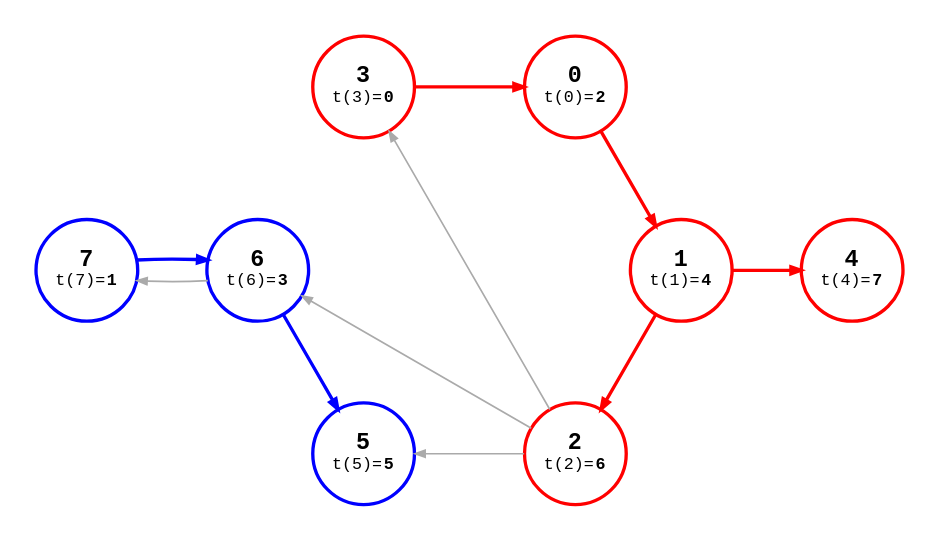
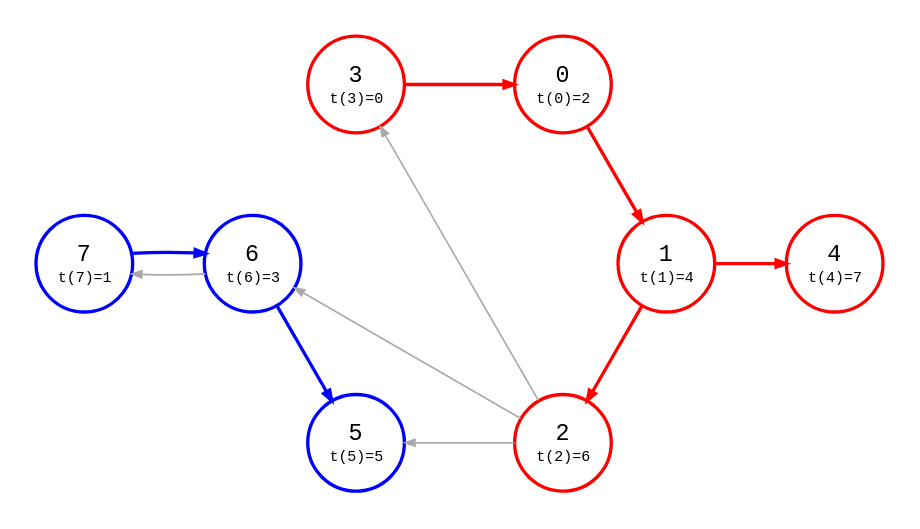
One commit to bsdrks/graaf-images changed the diagram in src/bfs_multi_source_1-0.87.4.dot. Above: the diagram before and after it, drawn with Graphviz. The commit also changed 76 other files, not shown here.

```diff
--- a/src/bfs_multi_source_1-0.87.4.dot
+++ b/src/bfs_multi_source_1-0.87.4.dot
@@ -1,149 +1,149 @@
 digraph {
-    node [shape=circle, fontname="monospace", style=bold, fixedsize=true, width="0.85"];
+    node [shape=circle, fontname="monospace", style=bold, fixedsize=true, width="0.8"];
     edge [arrowsize=0.6, fontname="monospace", fontsize=9];
     layout=circo;
     scale=1.0;
     normalize=true;
     pad=0.2;
     splines=line;
 
     3, 0, 1, 2, 4 [style="bold"; color=red];
     7, 6, 5 [style=bold; color=blue];
 
     0 [
         label=<
-            <table border="0" cellpadding="0" cellspacing="0">
+            <table border="0" cellpadding="1" cellspacing="0">
                 <tr>
-                    <td><b>0</b></td>
+                    <td>0</td>
                 </tr>
                 <tr>
-                    <td><font point-size="10">t(0)=<b>2</b></font></td>
+                    <td><font point-size="9">t(0)=2</font></td>
                 </tr>
             </table>
         >,
         color=red,
         style=bold
     ];
 
     1 [
         label=<
-            <table border="0" cellpadding="0" cellspacing="0">
+            <table border="0" cellpadding="1" cellspacing="0">
                 <tr>
-                    <td><b>1</b></td>
+                    <td>1</td>
                 </tr>
                 <tr>
-                    <td><font point-size="10">t(1)=<b>4</b></font></td>
+                    <td><font point-size="9">t(1)=4</font></td>
                 </tr>
             </table>
         >,
         color=red,
         style=bold
     ];
 
     2 [
         label=<
-            <table border="0" cellpadding="0" cellspacing="0">
+            <table border="0" cellpadding="1" cellspacing="0">
                 <tr>
-                    <td><b>2</b></td>
+                    <td>2</td>
                 </tr>
                 <tr>
-                    <td><font point-size="10">t(2)=<b>6</b></font></td>
+                    <td><font point-size="9">t(2)=6</font></td>
                 </tr>
             </table>
         >,
     ];
 
     3 [
         label=<
-            <table border="0" cellpadding="0" cellspacing="0">
+            <table border="0" cellpadding="1" cellspacing="0">
                 <tr>
-                    <td><b>3</b></td>
+                    <td>3</td>
                 </tr>
                 <tr>
-                    <td><font point-size="10">t(3)=<b>0</b></font></td>
+                    <td><font point-size="9">t(3)=0</font></td>
                 </tr>
             </table>
         >,
     ];
 
     4 [
         label=<
-            <table border="0" cellpadding="0" cellspacing="0">
+            <table border="0" cellpadding="1" cellspacing="0">
                 <tr>
-                    <td><b>4</b></td>
+                    <td>4</td>
                 </tr>
                 <tr>
-                    <td><font point-size="10">t(4)=<b>7</b></font></td>
+                    <td><font point-size="9">t(4)=7</font></td>
                 </tr>
             </table>
         >,
     ];
 
     5 [
         label=<
-            <table border="0" cellpadding="0" cellspacing="0">
+            <table border="0" cellpadding="1" cellspacing="0">
                 <tr>
-                    <td><b>5</b></td>
+                    <td>5</td>
                 </tr>
                 <tr>
-                    <td><font point-size="10">t(5)=<b>5</b></font></td>
+                    <td><font point-size="9">t(5)=5</font></td>
                 </tr>
             </table>
         >,
     ];
 
     6 [
         label=<
-            <table border="0" cellpadding="0" cellspacing="0">
+            <table border="0" cellpadding="1" cellspacing="0">
                 <tr>
-                    <td><b>6</b></td>
+                    <td>6</td>
                 </tr>
                 <tr>
-                    <td><font point-size="10">t(6)=<b>3</b></font></td>
+                    <td><font point-size="9">t(6)=3</font></td>
                 </tr>
             </table>
         >,
     ];
 
     7 [
         label=<
-            <table border="0" cellpadding="0" cellspacing="0">
+            <table border="0" cellpadding="1" cellspacing="0">
                 <tr>
-                    <td><b>7</b></td>
+                    <td>7</td>
                 </tr>
                 <tr>
-                    <td><font point-size="10">t(7)=<b>1</b></font></td>
+                    <td><font point-size="9">t(7)=1</font></td>
                 </tr>
             </table>
         >,
     ];
 
 
 
     3 -> 0 [
         style=bold;
         color=red;
     ];
 
     0 -> 1 [style=bold; color=red];
 
     1 -> 2 [style=bold; color=red];
 
     1 -> 4 [style=bold; color=red];
 
     2 -> 3 [color="#aaaaaa"];
 
     2 -> 5 [color="#aaaaaa"];
 
     2 -> 6 [color="#aaaaaa"];
 
     6 -> 5 [style=bold; color=blue];
 
     6 -> 7 [color="#aaaaaa"];
 
     7 -> 6 [style=bold; color=blue];
 
     1 -> 5 [style=invis];
 
     // 5 -> 6 [style=invis];
 }
```
